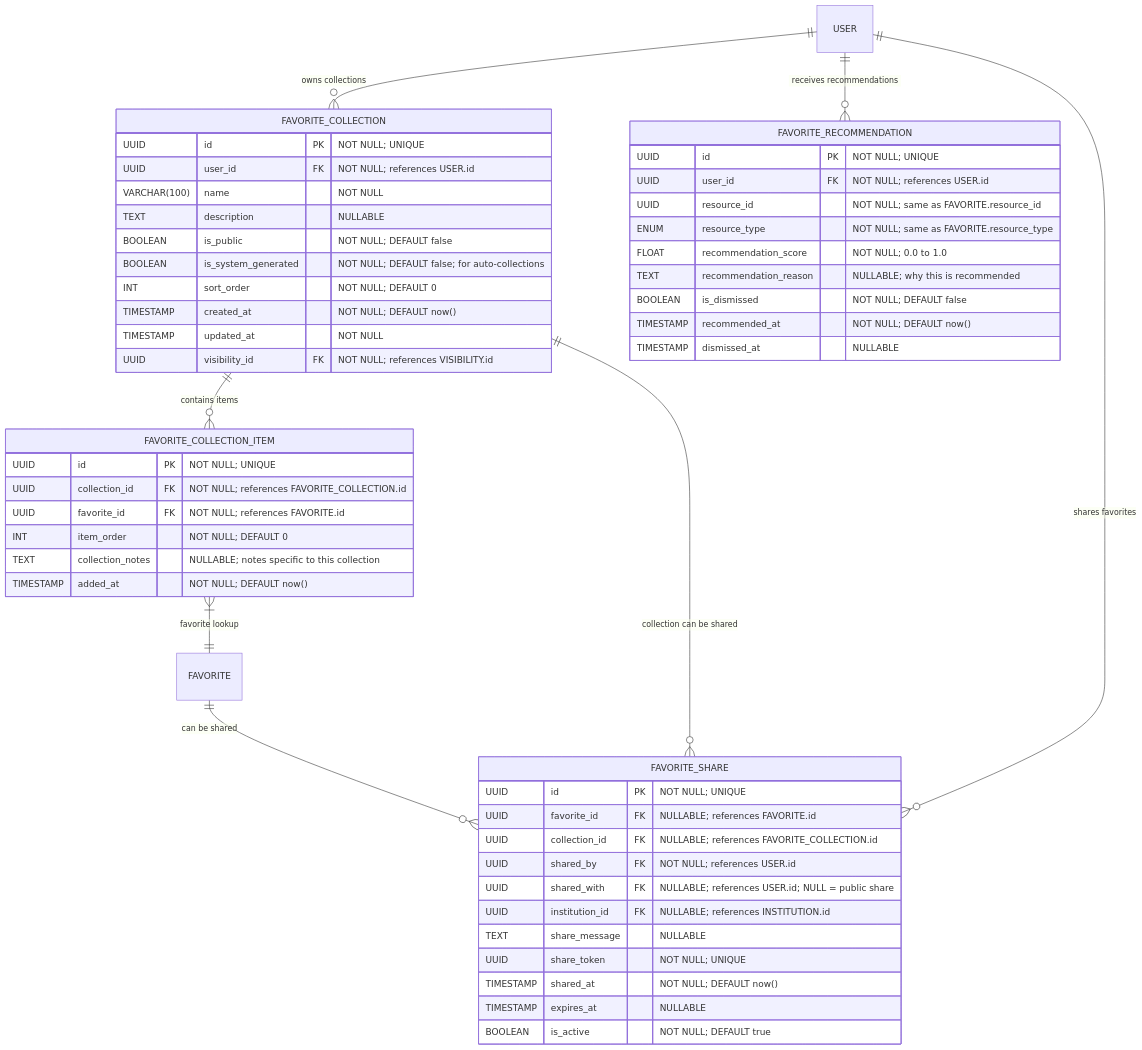
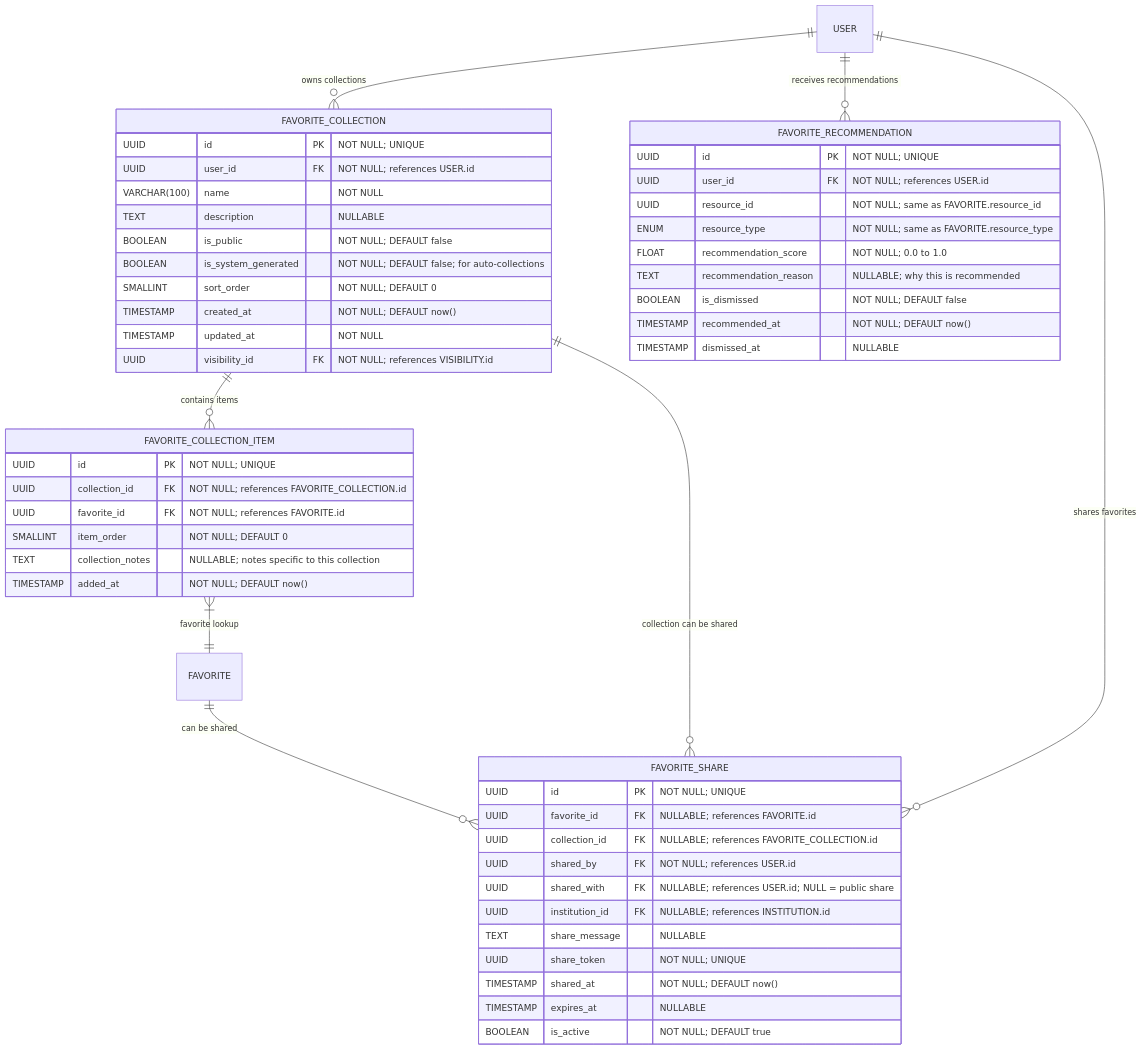
One commit to Dratharias/Motriforge changed the diagram in docs/favorite/favorite_collections_sharing.md. Above: the diagram before and after it, drawn with Mermaid. The commit also changed 31 other files, not shown here.

````diff
--- a/docs/favorite/favorite_collections_sharing.md
+++ b/docs/favorite/favorite_collections_sharing.md
@@ -8,62 +8,62 @@
 ```mermaid
 erDiagram
   %%=== Layer 2: Favorite Collections & Sharing ===%%
 
   FAVORITE_COLLECTION {
     UUID id PK                         "NOT NULL; UNIQUE"
     UUID user_id FK                    "NOT NULL; references USER.id"
     VARCHAR(100) name                  "NOT NULL"
     TEXT description                   "NULLABLE"
     BOOLEAN is_public                  "NOT NULL; DEFAULT false"
     BOOLEAN is_system_generated        "NOT NULL; DEFAULT false; for auto-collections"
-    INT sort_order                     "NOT NULL; DEFAULT 0"
+    SMALLINT sort_order                     "NOT NULL; DEFAULT 0"
     TIMESTAMP created_at               "NOT NULL; DEFAULT now()"
     TIMESTAMP updated_at               "NOT NULL"
     UUID visibility_id FK              "NOT NULL; references VISIBILITY.id"
   }
 
   FAVORITE_COLLECTION_ITEM {
     UUID id PK                         "NOT NULL; UNIQUE"
     UUID collection_id FK              "NOT NULL; references FAVORITE_COLLECTION.id"
     UUID favorite_id FK                "NOT NULL; references FAVORITE.id"
-    INT item_order                     "NOT NULL; DEFAULT 0"
+    SMALLINT item_order                     "NOT NULL; DEFAULT 0"
     TEXT collection_notes              "NULLABLE; notes specific to this collection"
     TIMESTAMP added_at                 "NOT NULL; DEFAULT now()"
   }
 
   FAVORITE_SHARE {
     UUID id PK                         "NOT NULL; UNIQUE"
     UUID favorite_id FK                "NULLABLE; references FAVORITE.id"
     UUID collection_id FK              "NULLABLE; references FAVORITE_COLLECTION.id"
     UUID shared_by FK                  "NOT NULL; references USER.id"
     UUID shared_with FK                "NULLABLE; references USER.id; NULL = public share"
     UUID institution_id FK             "NULLABLE; references INSTITUTION.id"
     TEXT share_message                 "NULLABLE"
     UUID share_token                   "NOT NULL; UNIQUE"
     TIMESTAMP shared_at                "NOT NULL; DEFAULT now()"
     TIMESTAMP expires_at               "NULLABLE"
     BOOLEAN is_active                  "NOT NULL; DEFAULT true"
   }
 
   FAVORITE_RECOMMENDATION {
     UUID id PK                         "NOT NULL; UNIQUE"
     UUID user_id FK                    "NOT NULL; references USER.id"
     UUID resource_id                   "NOT NULL; same as FAVORITE.resource_id"
     ENUM resource_type                 "NOT NULL; same as FAVORITE.resource_type"
     FLOAT recommendation_score         "NOT NULL; 0.0 to 1.0"
     TEXT recommendation_reason         "NULLABLE; why this is recommended"
     BOOLEAN is_dismissed               "NOT NULL; DEFAULT false"
     TIMESTAMP recommended_at           "NOT NULL; DEFAULT now()"
     TIMESTAMP dismissed_at             "NULLABLE"
   }
 
   %%— Relationships in Layer 2 —
   USER ||--o{ FAVORITE_COLLECTION     : "owns collections"
   FAVORITE_COLLECTION ||--o{ FAVORITE_COLLECTION_ITEM : "contains items"
   FAVORITE_COLLECTION_ITEM }|--|| FAVORITE : "favorite lookup"
   FAVORITE ||--o{ FAVORITE_SHARE      : "can be shared"
   FAVORITE_COLLECTION ||--o{ FAVORITE_SHARE : "collection can be shared"
   USER ||--o{ FAVORITE_SHARE          : "shares favorites"
   USER ||--o{ FAVORITE_RECOMMENDATION : "receives recommendations"
 
 ```
````
